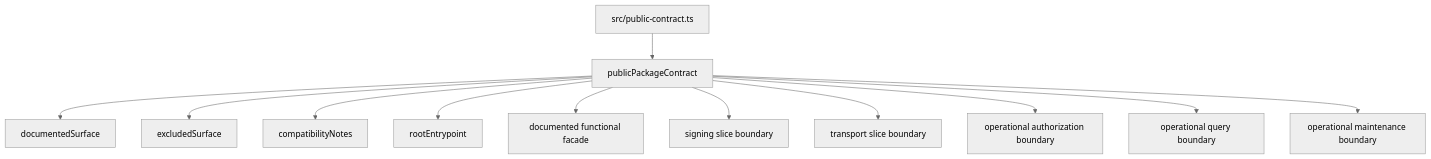
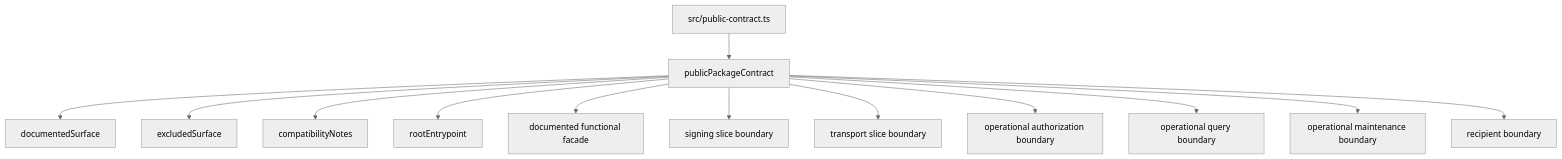
The diagram in src/public-contract.doc.md (linkiez/nfe_sdk), drawn with Mermaid (neutral theme) before and after one commit. The commit also changed other lines of this file and 82 other files, not shown here.

````diff
--- a/src/public-contract.doc.md
+++ b/src/public-contract.doc.md
@@ -23,14 +24,15 @@
 ```mermaid
 flowchart TD
   A[src/public-contract.ts] --> B[publicPackageContract]
   B --> C[documentedSurface]
   B --> D[excludedSurface]
   B --> E[compatibilityNotes]
   B --> F[rootEntrypoint]
   B --> G[documented functional facade]
   B --> H[signing slice boundary]
   B --> I[transport slice boundary]
   B --> J[operational authorization boundary]
   B --> K[operational query boundary]
   B --> L[operational maintenance boundary]
+  B --> M[recipient boundary]
 ```
````
